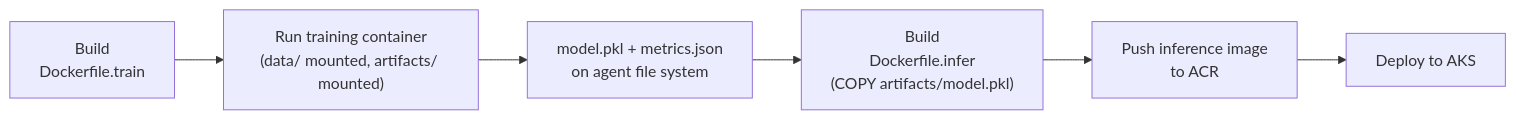
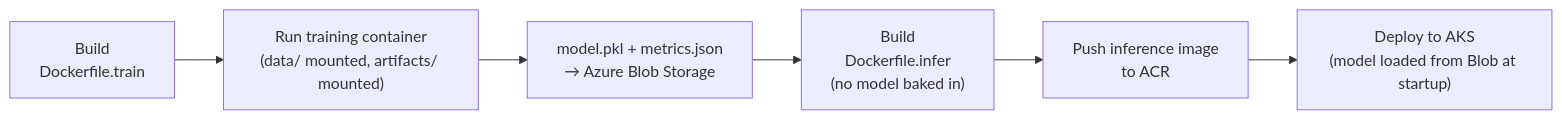
The fifth of 7 diagrams in docs/architecture.md (Annemarie-Bester/marketing-model-mlops-azure), drawn with Mermaid before and after one commit. The commit also changed other lines of this file and 19 other files, not shown here.

````diff
--- a/docs/architecture.md
+++ b/docs/architecture.md
@@ -395,8 +412,8 @@
 ```mermaid
 flowchart LR
     TRAIN_BUILD["Build<br/>Dockerfile.train"] --> TRAIN_RUN["Run training container<br/>(data/ mounted, artifacts/ mounted)"]
-    TRAIN_RUN --> MODEL["model.pkl + metrics.json<br/>on agent file system"]
-    MODEL --> INFER_BUILD["Build<br/>Dockerfile.infer<br/>(COPY artifacts/model.pkl)"]
+    TRAIN_RUN --> MODEL["model.pkl + metrics.json<br/>→ Azure Blob Storage"]
+    MODEL --> INFER_BUILD["Build<br/>Dockerfile.infer<br/>(no model baked in)"]
     INFER_BUILD --> ACR_PUSH["Push inference image<br/>to ACR"]
-    ACR_PUSH --> AKS_DEPLOY["Deploy to AKS"]
+    ACR_PUSH --> AKS_DEPLOY["Deploy to AKS<br/>(model loaded from Blob at startup)"]
 ```
````
